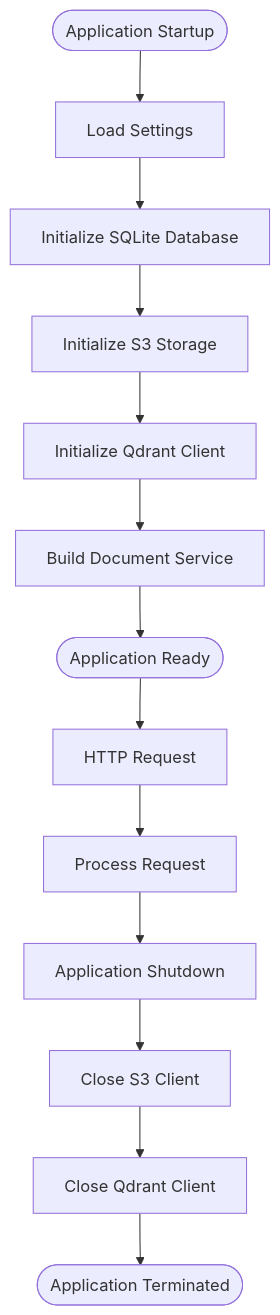
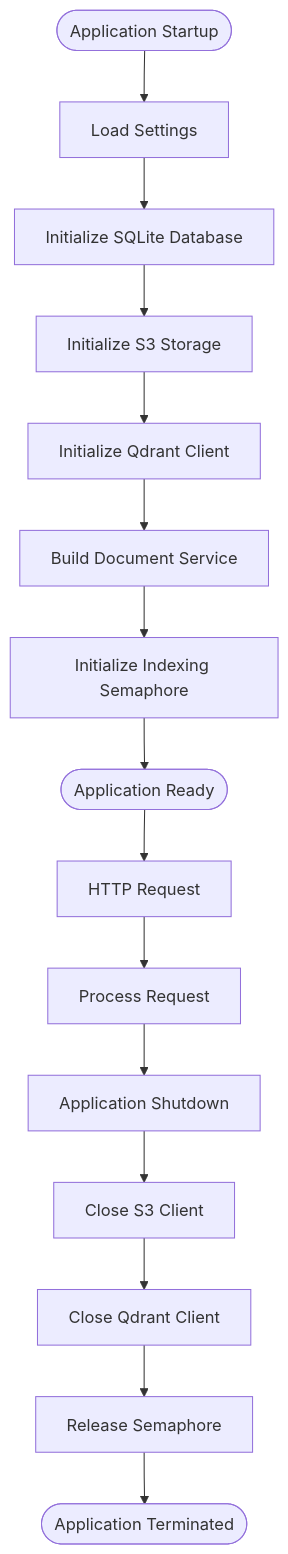
Before and after one commit to ognelis/cafetera_hr_bot: the third of 8 diagrams in .qoder/repowiki/en/content/API Reference/Dependency Injection System.md, drawn with Mermaid. The commit also changed other lines of this file and 7 other files, not shown here.

````diff
--- a/.qoder/repowiki/en/content/API Reference/Dependency Injection System.md
+++ b/.qoder/repowiki/en/content/API Reference/Dependency Injection System.md
@@ -153,15 +176,17 @@
 ```mermaid
 flowchart TD
 Start([Application Startup]) --> LoadConfig["Load Settings"]
 LoadConfig --> InitDB["Initialize SQLite Database"]
 InitDB --> InitS3["Initialize S3 Storage"]
 InitS3 --> InitQdrant["Initialize Qdrant Client"]
 InitQdrant --> BuildServices["Build Document Service"]
-BuildServices --> Ready([Application Ready])
+BuildServices --> InitSemaphore["Initialize Indexing Semaphore"]
+InitSemaphore --> Ready([Application Ready])
 Ready --> Request[HTTP Request]
 Request --> Process[Process Request]
 Process --> Cleanup[Application Shutdown]
 Cleanup --> CloseS3["Close S3 Client"]
 CloseS3 --> CloseQdrant["Close Qdrant Client"]
-CloseQdrant --> End([Application Terminated])
+CloseQdrant --> CloseSemaphore["Release Semaphore"]
+CloseSemaphore --> End([Application Terminated])
 ```
````
